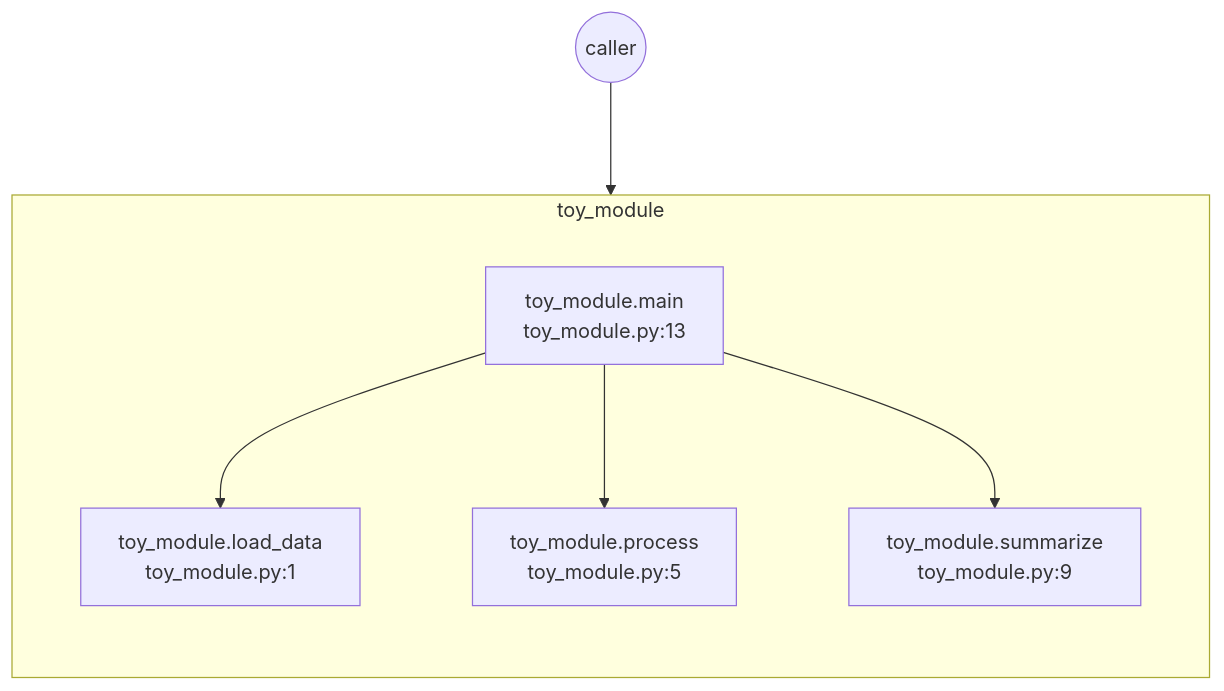
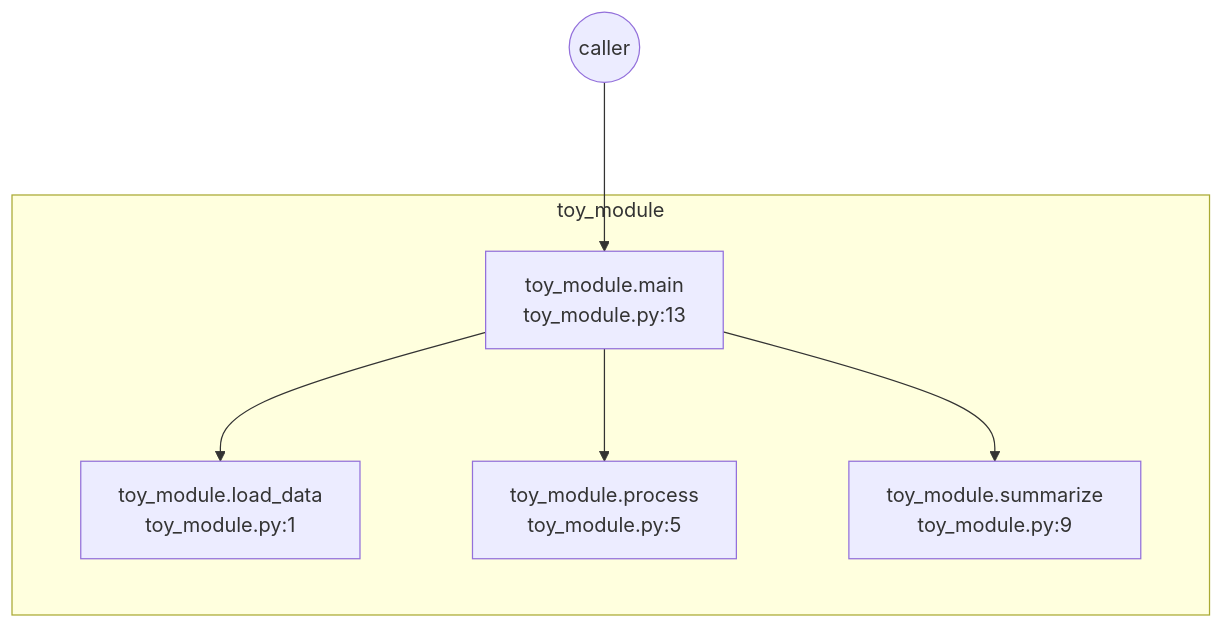
The diagram in examples/simple/trace.md (yananchuk/exec_tracer), drawn with Mermaid before and after one commit. The commit also changed 4 other files, not shown here.

Commit message:
Drop direction TB from flowchart subgraphs

````diff
--- a/examples/simple/trace.md
+++ b/examples/simple/trace.md
@@ -1,16 +1,15 @@
 ```mermaid
 %%{init: {'flowchart': {'nodeSpacing': 90, 'rankSpacing': 90}}}%%
 flowchart TD
     start(("caller"))
     subgraph toy_module
-        direction TB
     n0["toy_module.main<br/>toy_module.py:13"]
     n1["toy_module.load_data<br/>toy_module.py:1"]
     n2["toy_module.process<br/>toy_module.py:5"]
     n3["toy_module.summarize<br/>toy_module.py:9"]
     end
     start --> n0
     n0 --> n1
     n0 --> n2
     n0 --> n3
 ```
````
